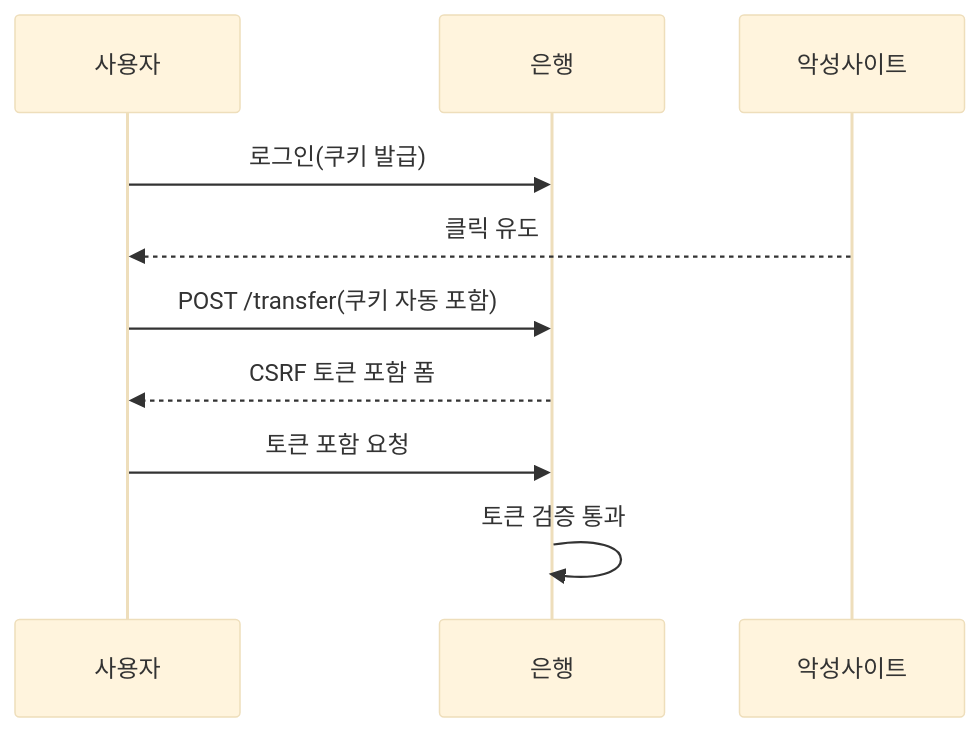
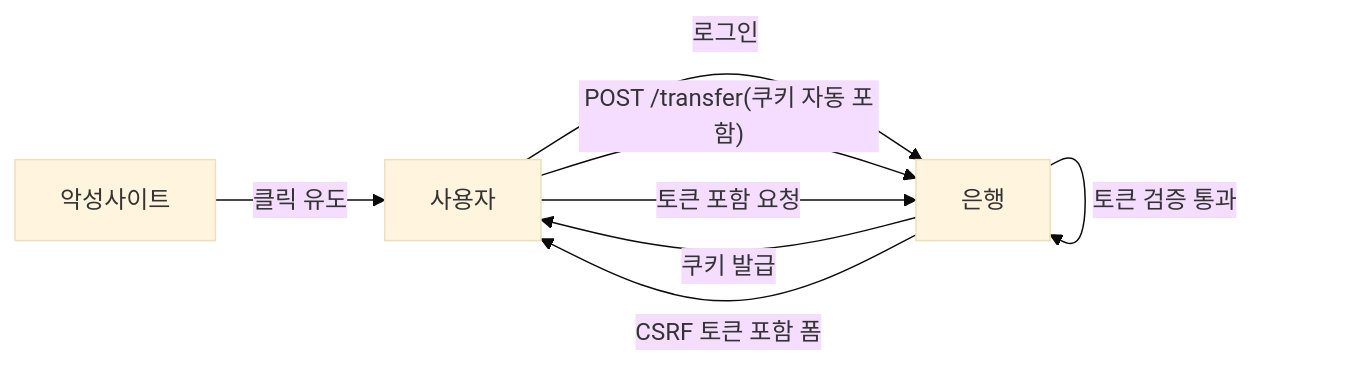
One commit to yjkim2015/yjkim2015.github.io changed the sixth of 7 diagrams in _posts/spring/2026-05-02-spring-security-deep.md. Above: the diagram before and after it, drawn with Mermaid (base theme). The commit also changed other lines of this file and 32 other files, not shown here.

First line of the commit message:
sequenceDiagram 82개 → graph LR 변환 완료

````diff
--- a/_posts/spring/2026-05-02-spring-security-deep.md
+++ b/_posts/spring/2026-05-02-spring-security-deep.md
@@ -447,12 +441,10 @@
 ```mermaid
-sequenceDiagram
-    participant U as 사용자
-    participant B as 은행
-    participant M as 악성사이트
-    U->>B: 로그인(쿠키 발급)
-    M-->>U: 클릭 유도
-    U->>B: POST /transfer(쿠키 자동 포함)
-    B-->>U: CSRF 토큰 포함 폼
-    U->>B: 토큰 포함 요청
-    B->>B: 토큰 검증 통과
+graph LR
+    U["사용자"] -->|"로그인"| B["은행"]
+    B -->|"쿠키 발급"| U
+    M["악성사이트"] -->|"클릭 유도"| U
+    U -->|"POST /transfer(쿠키 자동 포함)"| B
+    B -->|"CSRF 토큰 포함 폼"| U
+    U -->|"토큰 포함 요청"| B
+    B -->|"토큰 검증 통과"| B
 ```
````
